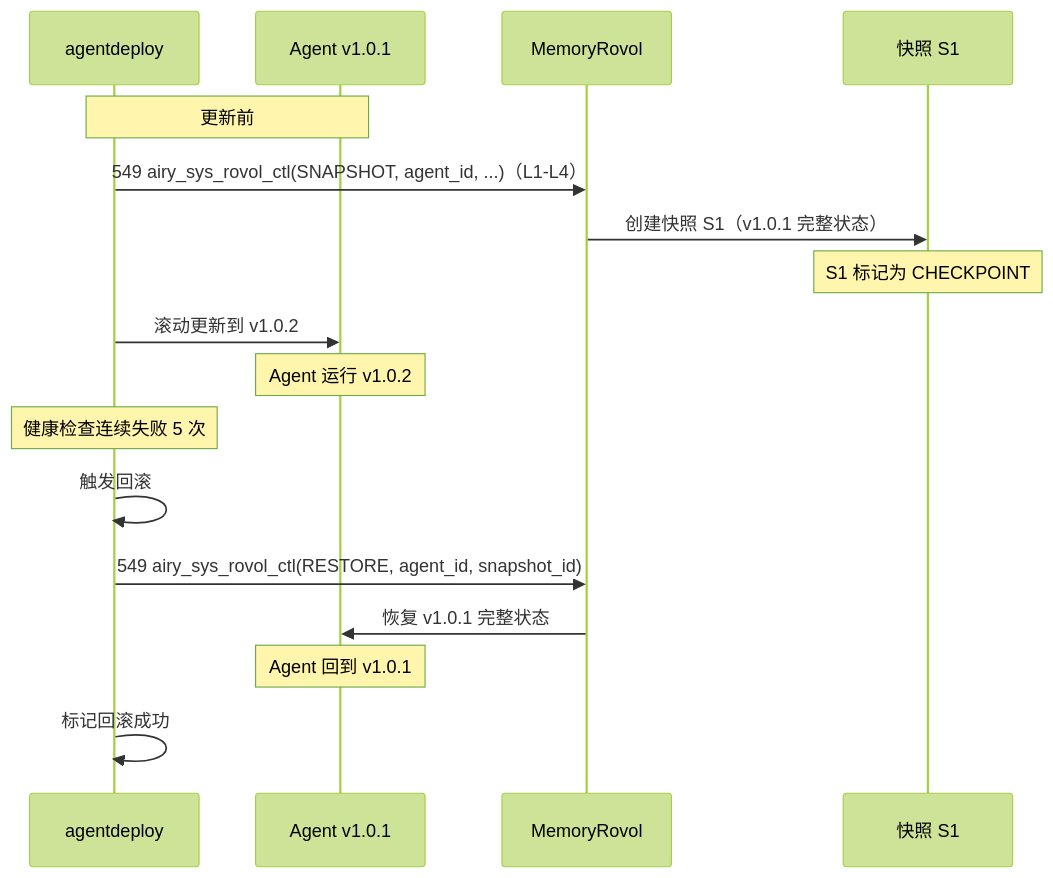
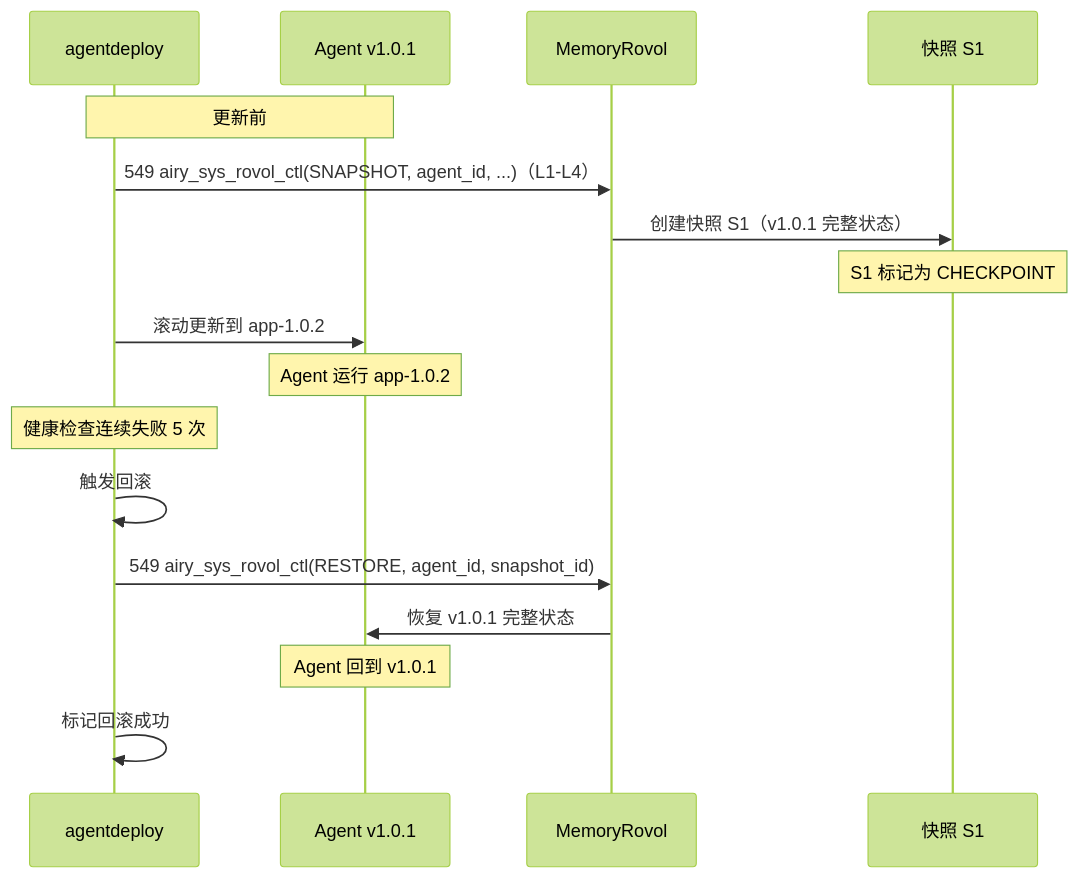
Before and after one commit to openairymax/docs: the eighth of 9 diagrams in AirymaxOS/140-application-development/06-agent-deployment.md, drawn with Mermaid (forest theme). The commit also changed other lines of this file and 113 other files, not shown here.

````diff
--- a/AirymaxOS/140-application-development/06-agent-deployment.md
+++ b/AirymaxOS/140-application-development/06-agent-deployment.md
@@ -778,24 +778,24 @@
 ```mermaid
 sequenceDiagram
     participant DEPLOY as agentdeploy
     participant AGENT as Agent v1.0.1
     participant ROVOL as MemoryRovol
     participant SNAP as 快照 S1
 
     Note over DEPLOY,AGENT: 更新前
     DEPLOY->>ROVOL: 549 airy_sys_rovol_ctl(SNAPSHOT, agent_id, ...)（L1-L4）
     ROVOL->>SNAP: 创建快照 S1（v1.0.1 完整状态）
     Note over SNAP: S1 标记为 CHECKPOINT
 
-    DEPLOY->>AGENT: 滚动更新到 v1.0.2
-    Note over AGENT: Agent 运行 v1.0.2
+    DEPLOY->>AGENT: 滚动更新到 app-1.0.2
+    Note over AGENT: Agent 运行 app-1.0.2
 
     Note over DEPLOY: 健康检查连续失败 5 次
     DEPLOY->>DEPLOY: 触发回滚
 
     DEPLOY->>ROVOL: 549 airy_sys_rovol_ctl(RESTORE, agent_id, snapshot_id)
     ROVOL->>AGENT: 恢复 v1.0.1 完整状态
     Note over AGENT: Agent 回到 v1.0.1
 
     DEPLOY->>DEPLOY: 标记回滚成功
 ```
````
